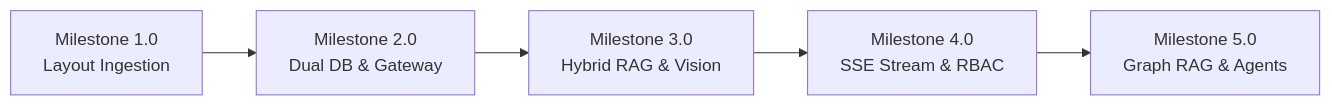
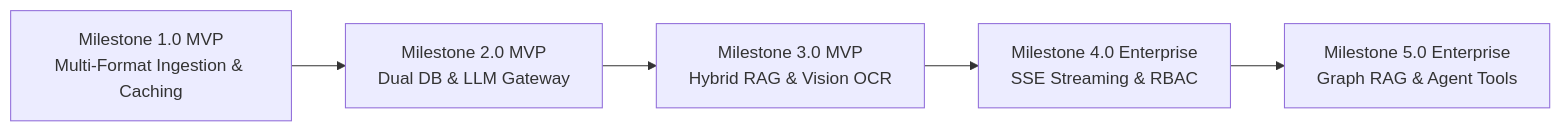
One commit to lucivskvn/AetherOmni changed the diagram in README.md. Above: the diagram before and after it, drawn with Mermaid. The commit also changed other lines of this file and 3 other files, not shown here.

Commit message:
docs: restructure Milestones into MVP-First Core Capabilities and Enterprise Roadmap

````diff
--- a/README.md
+++ b/README.md
@@ -108,7 +110,7 @@
 ```mermaid
 flowchart LR
-    M1["Milestone 1.0<br>Layout Ingestion"] --> M2["Milestone 2.0<br>Dual DB & Gateway"]
-    M2 --> M3["Milestone 3.0<br>Hybrid RAG & Vision"]
-    M3 --> M4["Milestone 4.0<br>SSE Stream & RBAC"]
-    M4 --> M5["Milestone 5.0<br>Graph RAG & Agents"]
+    M1["Milestone 1.0 MVP<br>Multi-Format Ingestion & Caching"] --> M2["Milestone 2.0 MVP<br>Dual DB & LLM Gateway"]
+    M2 --> M3["Milestone 3.0 MVP<br>Hybrid RAG & Vision OCR"]
+    M3 --> M4["Milestone 4.0 Enterprise<br>SSE Streaming & RBAC"]
+    M4 --> M5["Milestone 5.0 Enterprise<br>Graph RAG & Agent Tools"]
 ```
````
